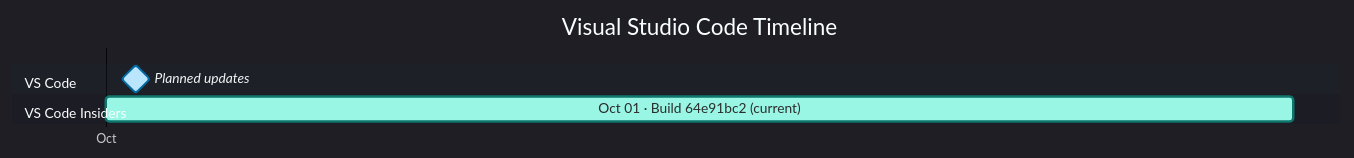
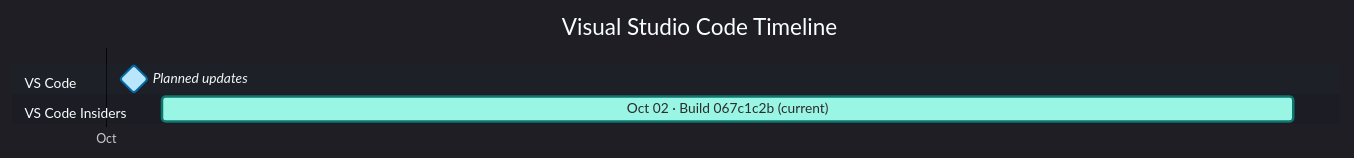
The diagram in docs/vscode.md (Oxelya-DevTools/VisualStudioUpdate), drawn with Mermaid before and after one commit. The commit also changed other lines of this file and 1 other file, not shown here.

````diff
--- a/docs/vscode.md
+++ b/docs/vscode.md
@@ -9,12 +9,12 @@
 ```mermaid
 %%{init: {'theme':'dark','themeVariables': { 'fontFamily': 'Segoe UI', 'fontSize': '24px', 'textColor': '#F3F4F6', 'titleTextColor': '#FFFFFF', 'taskTextColor': '#111827', 'taskTextLightColor': '#111827', 'taskTextOutsideColor': '#F3F4F6', 'taskBkgColor': '#BAE6FD', 'taskBorderColor': '#0369A1', 'doneTaskBkgColor': '#E9D5FF', 'doneTaskBorderColor': '#7E22CE', 'activeTaskBkgColor': '#99F6E4', 'activeTaskBorderColor': '#0F766E', 'critTaskBkgColor': '#FED7AA', 'critTaskBorderColor': '#C2410C', 'sectionBkgColor': '#1F2937', 'altSectionBkgColor': '#111827', 'gridColor': '#4B5563', 'todayLineColor': '#F87171' }}}%%
 gantt
     title Visual Studio Code Timeline
     dateFormat  YYYY-MM-DD
     axisFormat  %b
     tickInterval 1month
     section VS Code
     Planned updates : milestone, vscodeplanned, 2026-10-01, 1d
     section VS Code Insiders
-    Oct 01 · Build 64e91bc2 (current) : active, vscodeinsiders202610010, 2026-10-01, 20d
+    Oct 02 · Build 067c1c2b (current) : active, vscodeinsiders202610020, 2026-10-02, 20d
 ```
````
